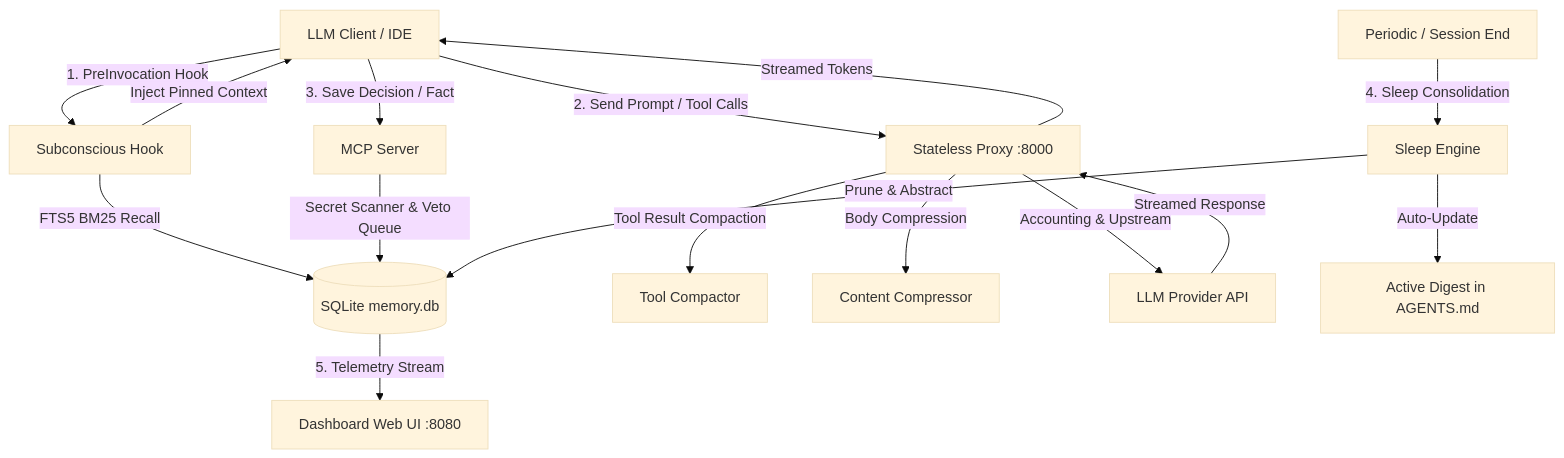
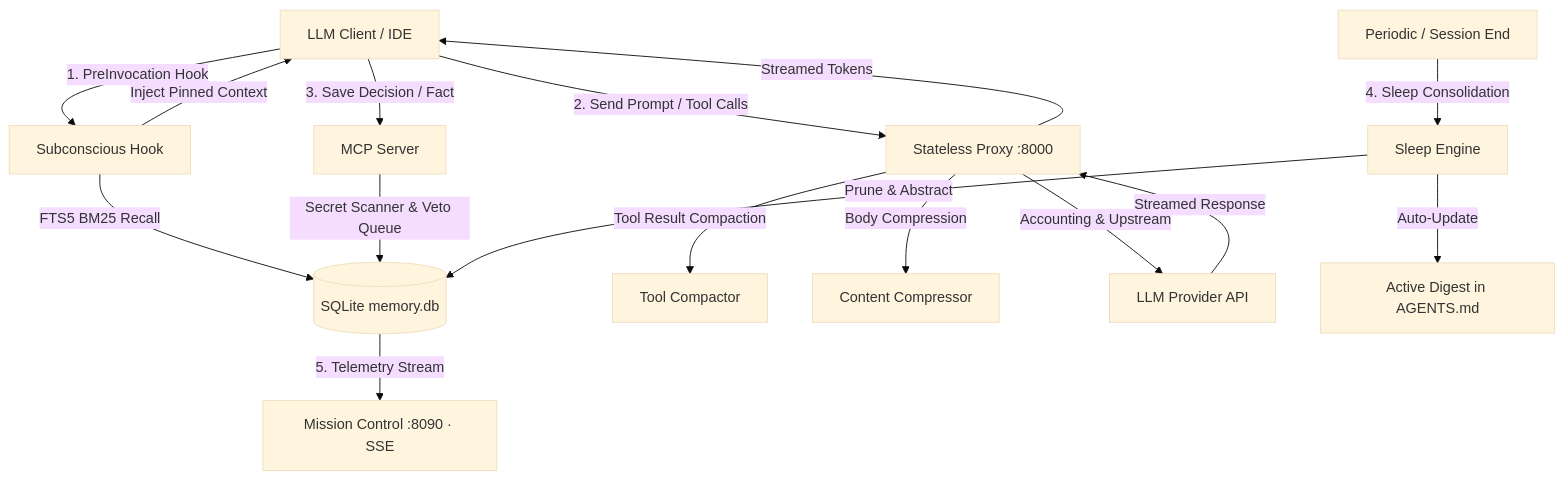
Before and after one commit to HamidRezaeian/genesis-memory: the diagram in docs/ARCHITECTURE.md, drawn with Mermaid (base theme). The commit also changed other lines of this file and 4 other files, not shown here.

````diff
--- a/docs/ARCHITECTURE.md
+++ b/docs/ARCHITECTURE.md
@@ -20,18 +20,18 @@
 ```mermaid
 graph TD
     Client[LLM Client / IDE] -->|1. PreInvocation Hook| Hook[Subconscious Hook]
     Hook -->|FTS5 BM25 Recall| DB[(SQLite memory.db)]
     Hook -->|Inject Pinned Context| Client
     Client -->|2. Send Prompt / Tool Calls| Proxy[Stateless Proxy :8000]
     Proxy -->|Tool Result Compaction| Compactor[Tool Compactor]
     Proxy -->|Body Compression| Compressor[Content Compressor]
     Proxy -->|Accounting & Upstream| LLM[LLM Provider API]
     LLM -->|Streamed Response| Proxy
     Proxy -->|Streamed Tokens| Client
     Client -->|3. Save Decision / Fact| Daemon[MCP Server]
     Daemon -->|Secret Scanner & Veto Queue| DB
     Night[Periodic / Session End] -->|4. Sleep Consolidation| Sleep[Sleep Engine]
     Sleep -->|Prune & Abstract| DB
     Sleep -->|Auto-Update| Digest[Active Digest in AGENTS.md]
-    DB -->|5. Telemetry Stream| Dashboard[Dashboard Web UI :8080]
+    DB -->|5. Telemetry Stream| Dashboard[Mission Control :8090 · SSE]
 ```
````
